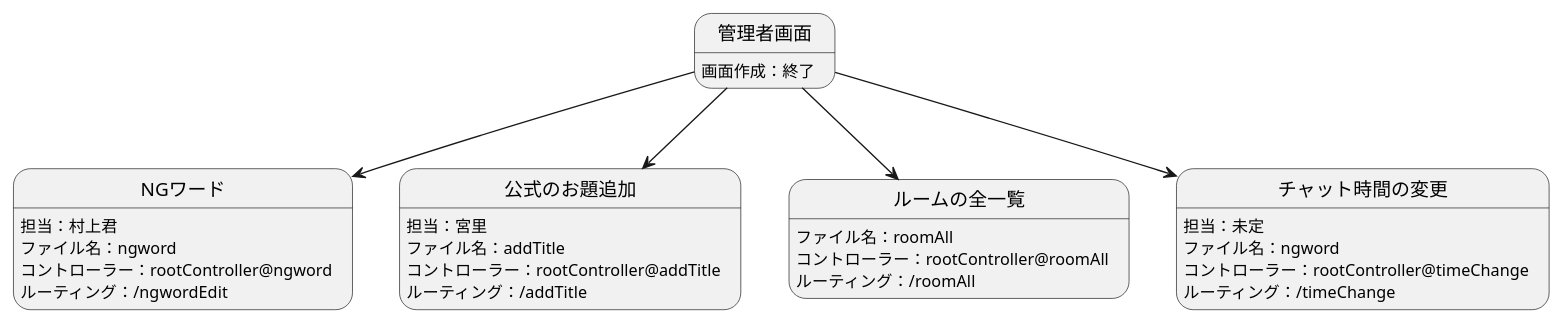
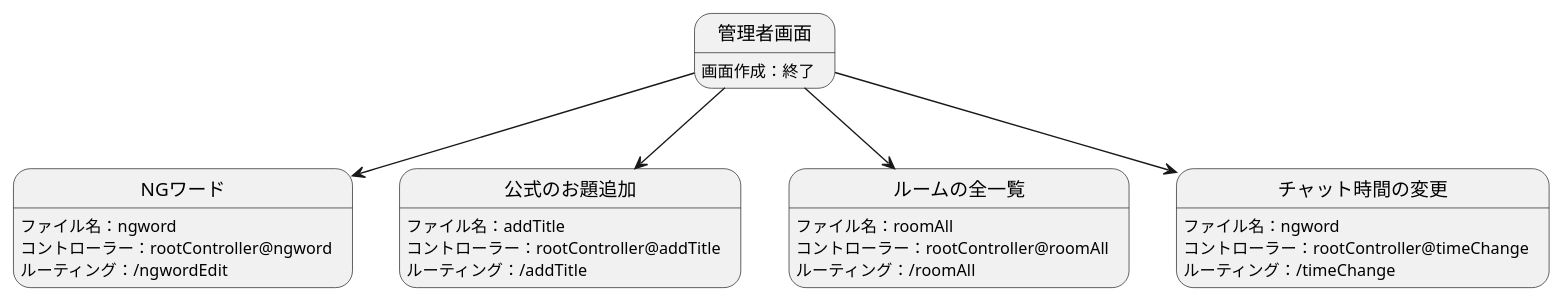
The diagram in チーム開発/担当.md (Aso2001204/2021sys-design), drawn with PlantUML before and after one commit.

````diff
--- a/チーム開発/担当.md
+++ b/チーム開発/担当.md
@@ -2,28 +2,25 @@
 ```uml
 @startuml
 
 管理者画面 --> NGワード
 管理者画面:画面作成：終了
-NGワード:担当：村上君
 NGワード:ファイル名：ngword
 NGワード:コントローラー：rootController@ngword
 NGワード:ルーティング：/ngwordEdit
 
 管理者画面 --> 公式のお題追加
-公式のお題追加:担当：宮里
 公式のお題追加:ファイル名：addTitle
 公式のお題追加:コントローラー：rootController@addTitle
 公式のお題追加:ルーティング：/addTitle
 
 管理者画面 --> ルームの全一覧
 ルームの全一覧:ファイル名：roomAll
 ルームの全一覧:コントローラー：rootController@roomAll
 ルームの全一覧:ルーティング：/roomAll
 
 管理者画面 --> チャット時間の変更
-チャット時間の変更:担当：未定
 チャット時間の変更:ファイル名：ngword
 チャット時間の変更:コントローラー：rootController@timeChange
 チャット時間の変更:ルーティング：/timeChange
 @enduml
 ```
````
